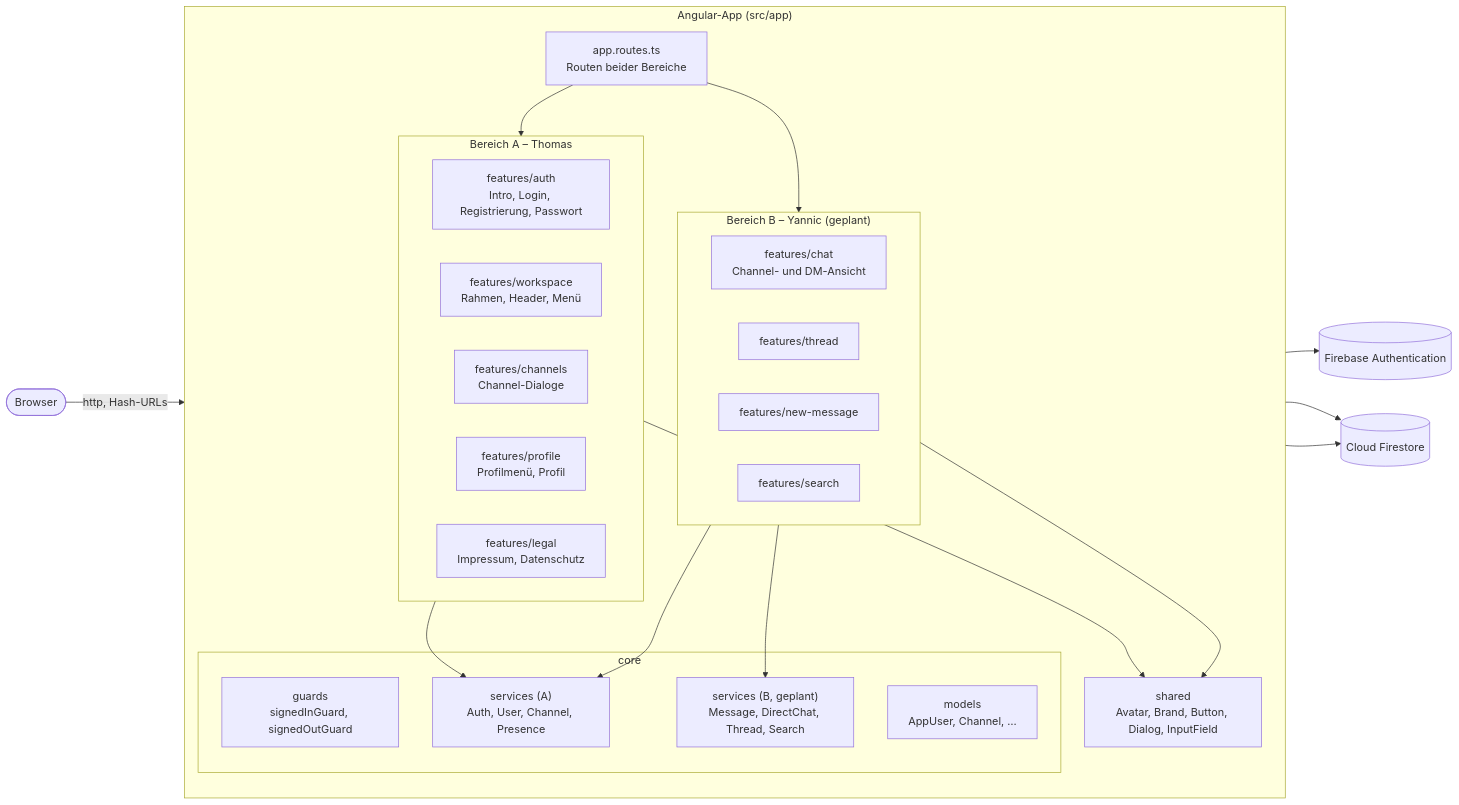
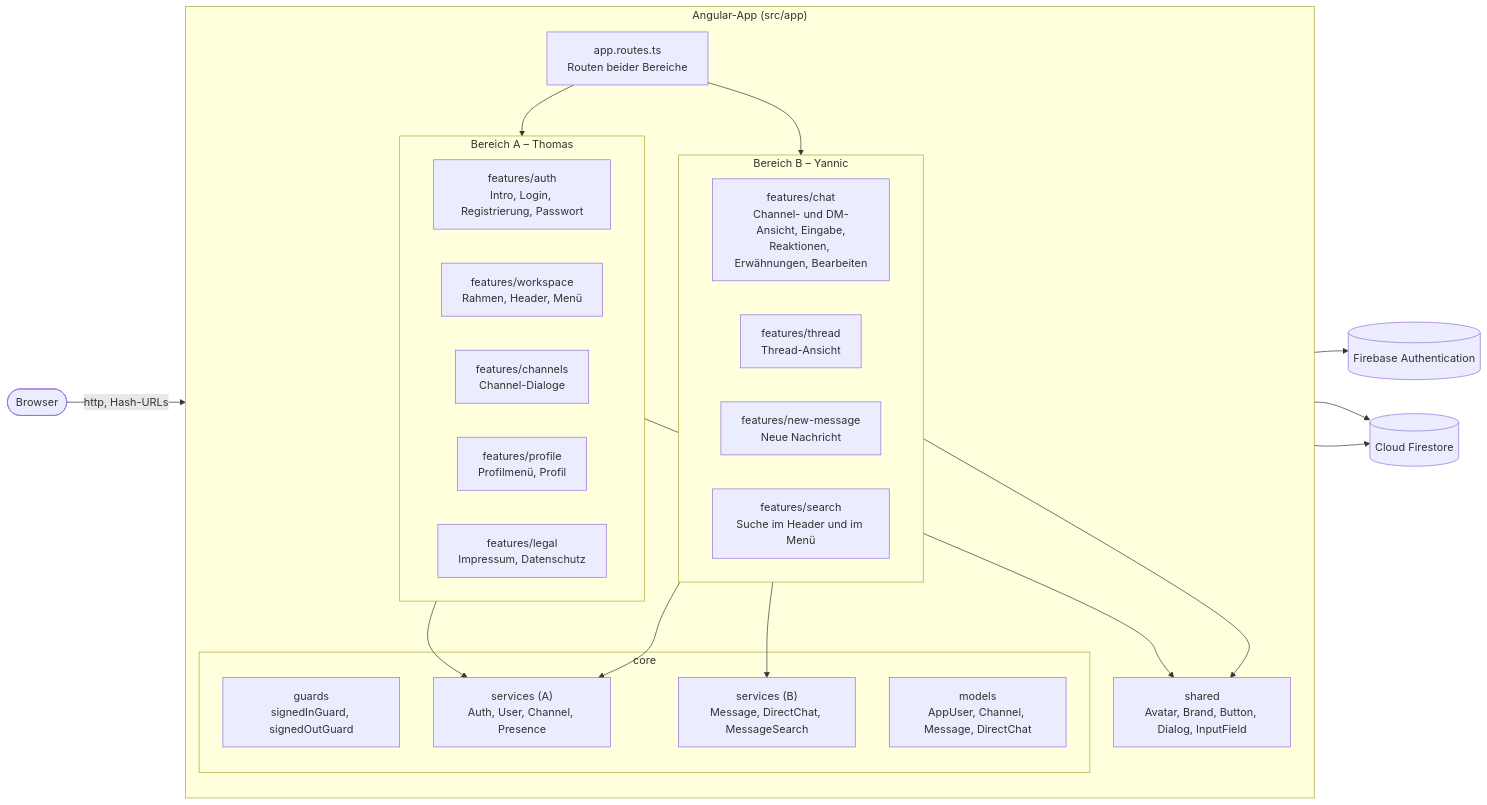
One commit to ttoebbe/dabubble changed the first of 7 diagrams in README.md. Above: the diagram before and after it, drawn with Mermaid. The commit also changed other lines of this file, not shown here.

````diff
--- a/README.md
+++ b/README.md
@@ -89,45 +92,45 @@
 ```mermaid
 flowchart LR
   browser(["Browser"]) -->|"http, Hash-URLs"| app
 
   subgraph app["Angular-App (src/app)"]
     direction TB
     routes["app.routes.ts<br/>Routen beider Bereiche"]
 
     subgraph areaA["Bereich A – Thomas"]
       auth["features/auth<br/>Intro, Login, Registrierung, Passwort"]
       workspace["features/workspace<br/>Rahmen, Header, Menü"]
       channels["features/channels<br/>Channel-Dialoge"]
       profile["features/profile<br/>Profilmenü, Profil"]
       legal["features/legal<br/>Impressum, Datenschutz"]
     end
 
-    subgraph areaB["Bereich B – Yannic (geplant)"]
-      chat["features/chat<br/>Channel- und DM-Ansicht"]
-      thread["features/thread"]
-      newMessage["features/new-message"]
-      search["features/search"]
+    subgraph areaB["Bereich B – Yannic"]
+      chat["features/chat<br/>Channel- und DM-Ansicht, Eingabe,<br/>Reaktionen, Erwähnungen, Bearbeiten"]
+      thread["features/thread<br/>Thread-Ansicht"]
+      newMessage["features/new-message<br/>Neue Nachricht"]
+      search["features/search<br/>Suche im Header und im Menü"]
     end
 
     subgraph core["core"]
       guards["guards<br/>signedInGuard, signedOutGuard"]
       servicesA["services (A)<br/>Auth, User, Channel, Presence"]
-      servicesB["services (B, geplant)<br/>Message, DirectChat, Thread, Search"]
-      models["models<br/>AppUser, Channel, …"]
+      servicesB["services (B)<br/>Message, DirectChat, MessageSearch"]
+      models["models<br/>AppUser, Channel, Message, DirectChat"]
     end
 
     shared["shared<br/>Avatar, Brand, Button, Dialog, InputField"]
 
     routes --> areaA
     routes --> areaB
     areaA --> servicesA
     areaB --> servicesB
     areaB --> servicesA
     areaA --> shared
     areaB --> shared
   end
 
   servicesA --> firebaseAuth[("Firebase Authentication")]
   servicesA --> firestore[("Cloud Firestore")]
   servicesB --> firestore
 ```
````
